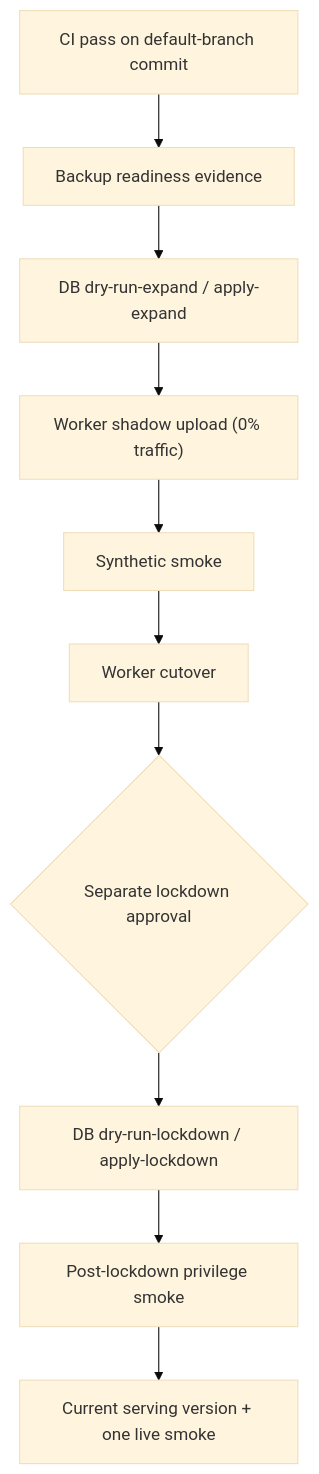
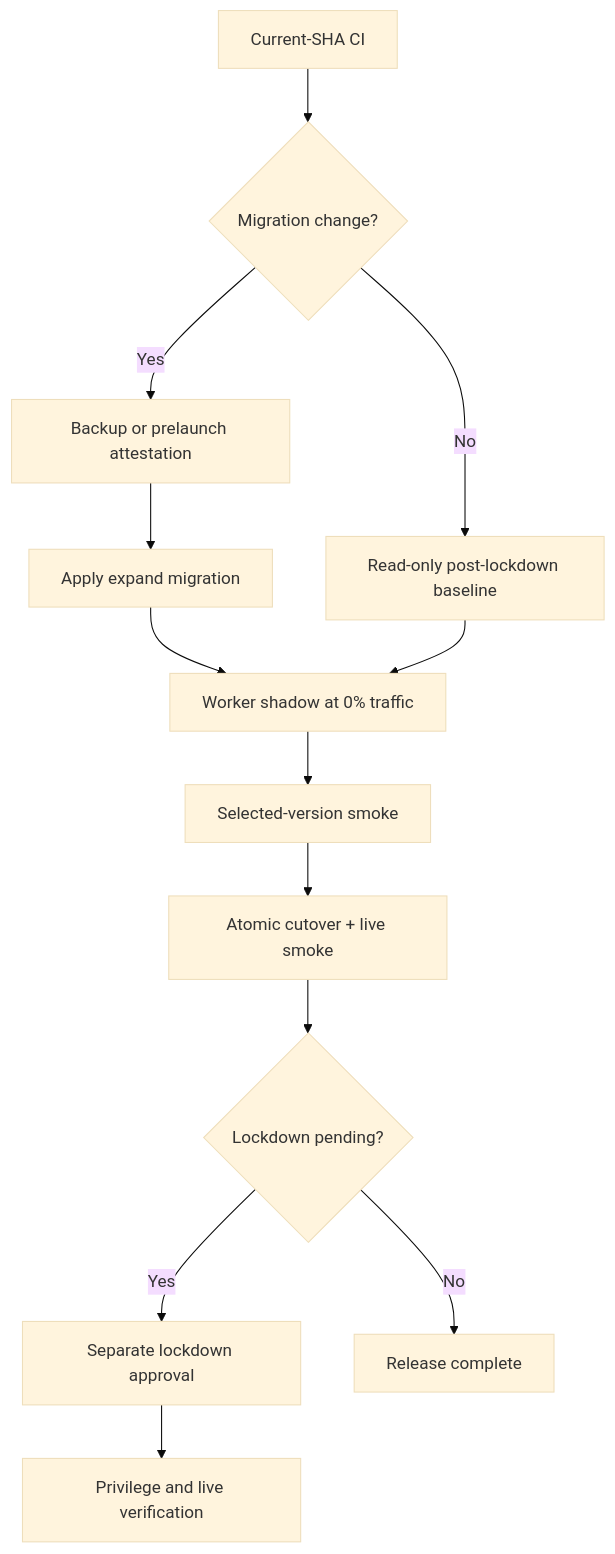
One commit to jeonsavvy/V-MATE changed the diagram in docs/operations.md. Above: the diagram before and after it, drawn with Mermaid (base theme). The commit also changed other lines of this file and 7 other files, not shown here.

````diff
--- a/docs/operations.md
+++ b/docs/operations.md
@@ -117,12 +111,15 @@
 ```mermaid
 flowchart TD
-  CI["CI pass on default-branch commit"] --> B["Backup readiness evidence"]
-  B --> E["DB dry-run-expand / apply-expand"]
-  E --> S["Worker shadow upload (0% traffic)"]
-  S --> T["Synthetic smoke"]
-  T --> C["Worker cutover"]
-  C --> L{"Separate lockdown approval"}
-  L --> D["DB dry-run-lockdown / apply-lockdown"]
-  D --> P["Post-lockdown privilege smoke"]
-  P --> V["Current serving version + one live smoke"]
+  CI["Current-SHA CI"] --> M{"Migration change?"}
+  M -- "Yes" --> A["Backup or prelaunch attestation"]
+  A --> E["Apply expand migration"]
+  M -- "No" --> B["Read-only post-lockdown baseline"]
+  E --> S["Worker shadow at 0% traffic"]
+  B --> S
+  S --> T["Selected-version smoke"]
+  T --> C["Atomic cutover + live smoke"]
+  C --> L{"Lockdown pending?"}
+  L -- "Yes" --> D["Separate lockdown approval"]
+  D --> P["Privilege and live verification"]
+  L -- "No" --> V["Release complete"]
 ```
````
